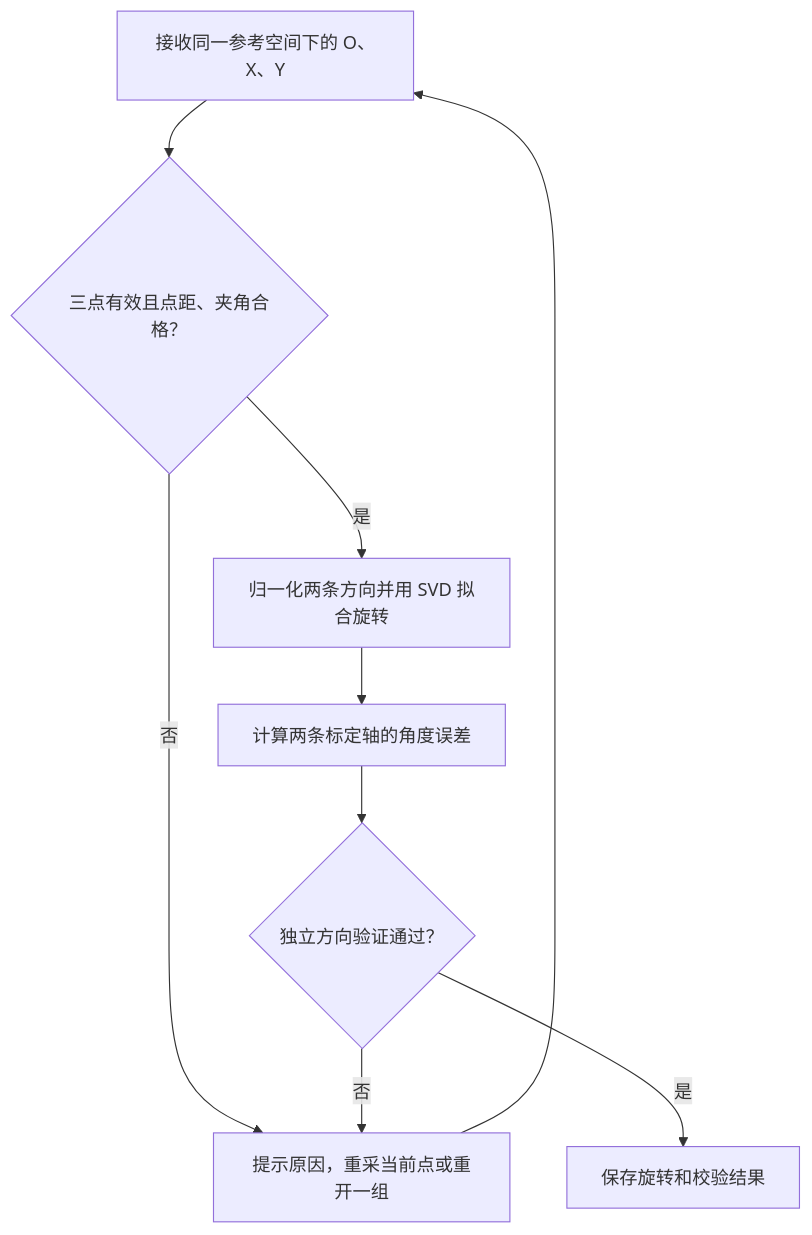
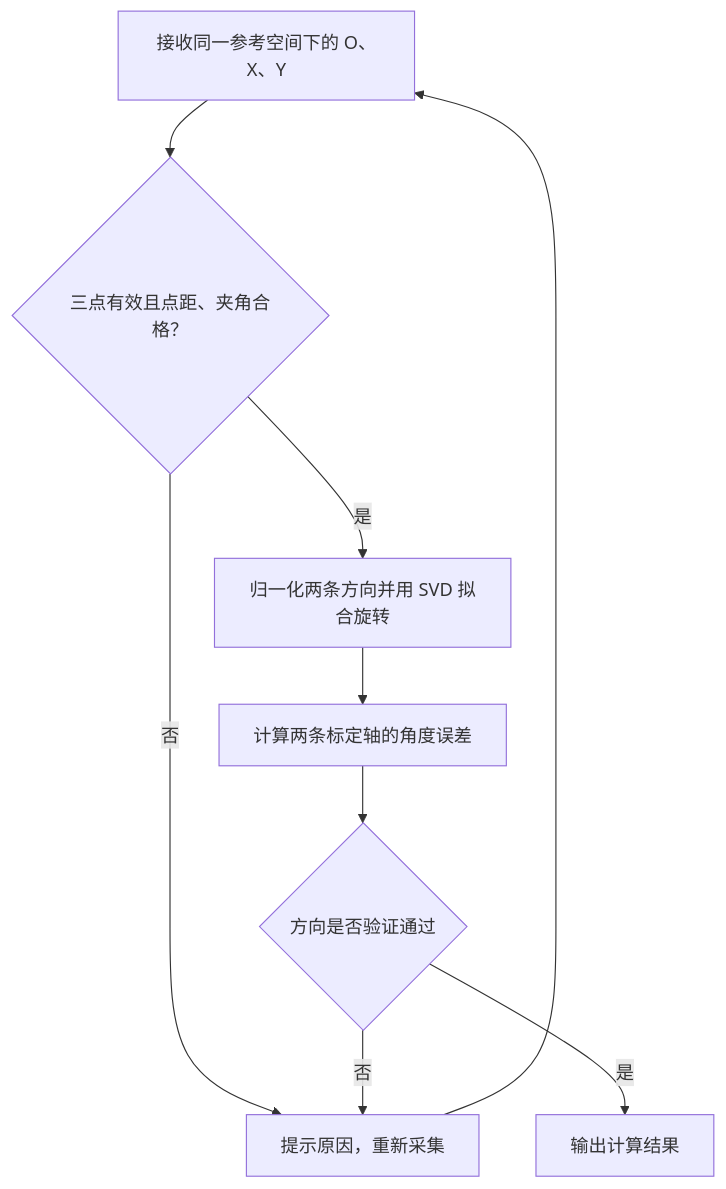
Before and after one commit to YYxzz8866/Quest-Proposal: the diagram in 4、标定.md, drawn with Mermaid. The commit also changed other lines of this file and 9 other files, not shown here.

````diff
--- a/4、标定.md
+++ b/4、标定.md
@@ -33,16 +33,16 @@
 ```mermaid
 flowchart TD
     Samples["接收同一参考空间下的 O、X、Y"]
     Check{"三点有效且点距、夹角合格？"}
-    Retry["提示原因，重采当前点或重开一组"]
+    Retry["提示原因，重新采集"]
     Fit["归一化两条方向并用 SVD 拟合旋转"]
     Axis["计算两条标定轴的角度误差"]
-    Test{"独立方向验证通过？"}
-    Save["保存旋转和校验结果"]
+    Test{"方向是否验证通过"}
+    Save["输出计算结果"]
 
     Samples --> Check
     Check -->|否| Retry --> Samples
     Check -->|是| Fit --> Axis --> Test
     Test -->|否| Retry
     Test -->|是| Save
 ```
````
